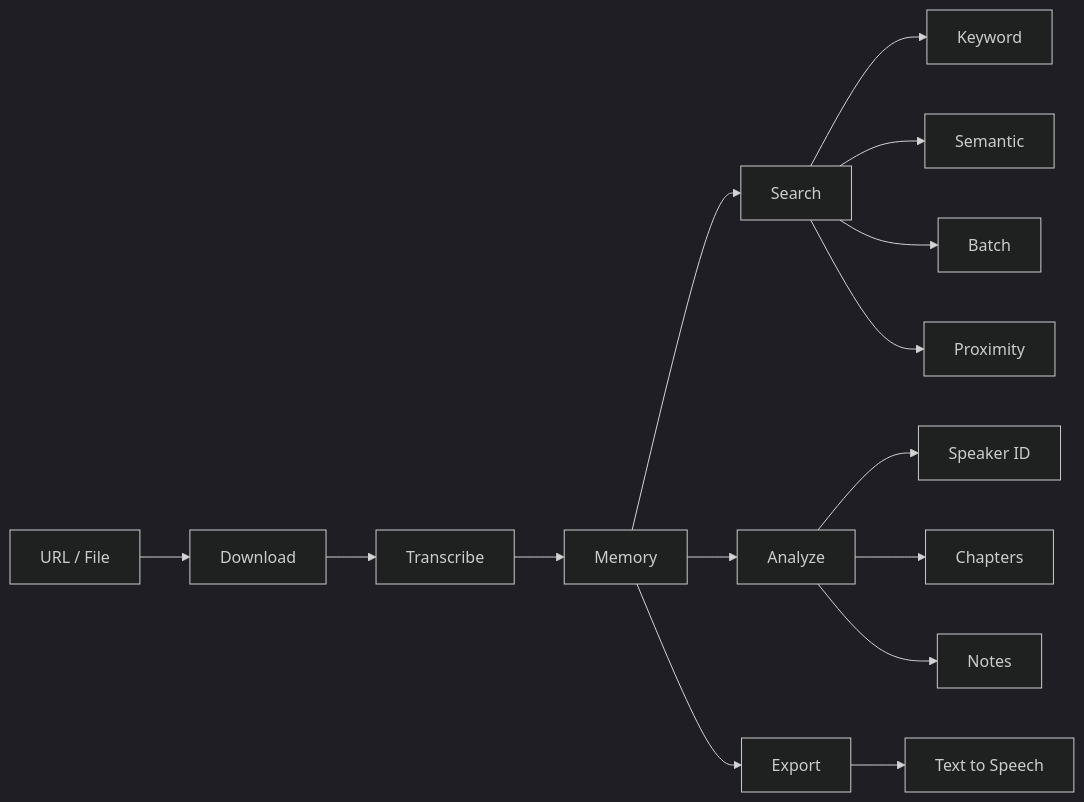
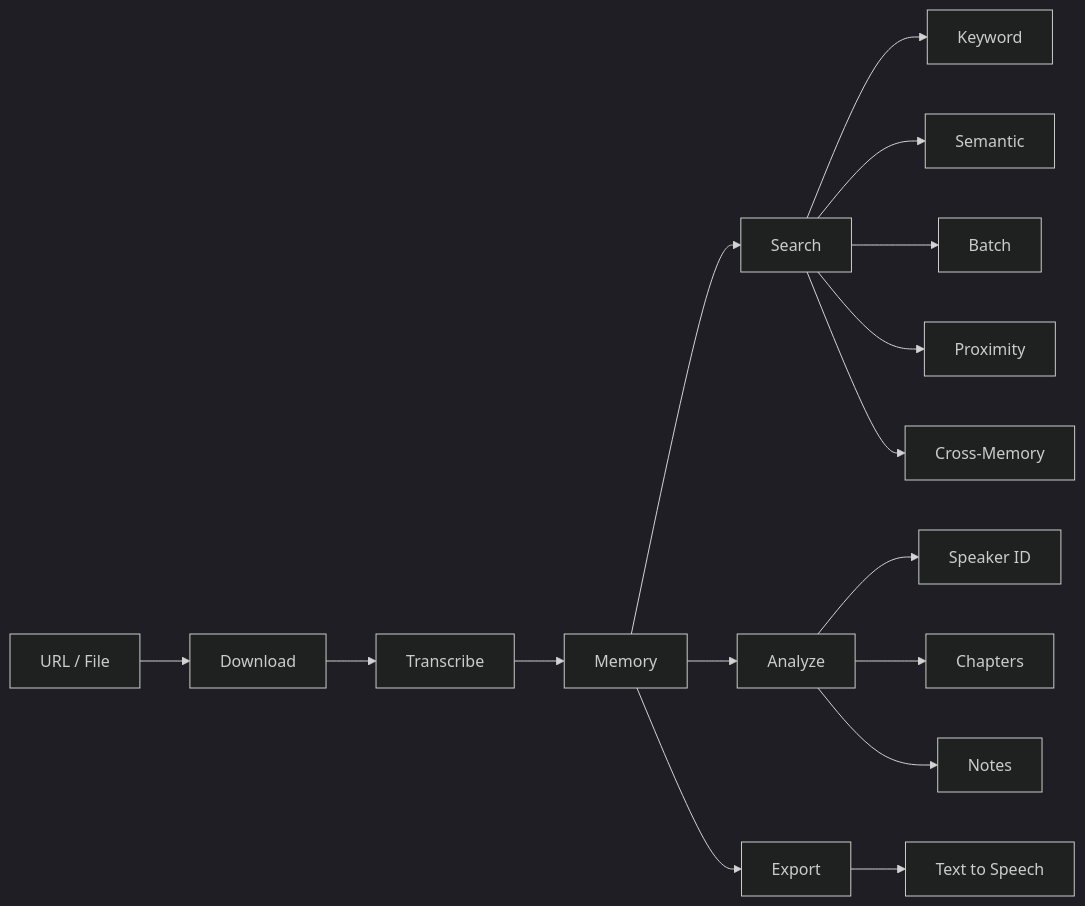
The diagram in README.md (AugentDevs/Augent), drawn with Mermaid before and after one commit. The commit also changed other lines of this file, not shown here.

Commit message:
Add search_memory to README tools table, CLI table, and mermaid diagram

````diff
--- a/README.md
+++ b/README.md
@@ -63,21 +63,22 @@
 ```mermaid
 %%{init: {'theme': 'dark'}}%%
 flowchart LR
     A["URL / File"] --> B["Download"]
     B --> C["Transcribe"]
     C --> D["Memory"]
     D --> E["Search"]
     D --> F["Analyze"]
     D --> G["Export"]
 
     E --> E1["Keyword"]
     E --> E2["Semantic"]
     E --> E3["Batch"]
     E --> E4["Proximity"]
+    E --> E5["Cross-Memory"]
 
     F --> F1["Speaker ID"]
     F --> F2["Chapters"]
     F --> F3["Notes"]
 
     G --> G1["Text to Speech"]
 ```
````
